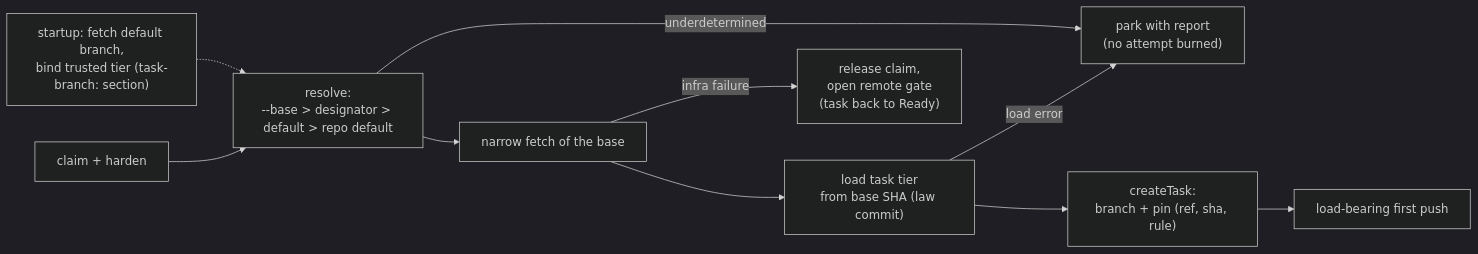
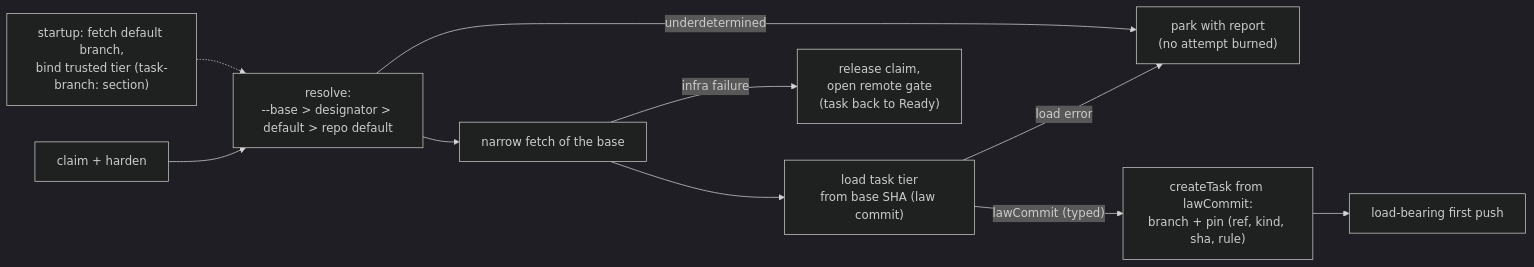
The diagram in openspec/changes/add-base-ref-resolution/design.md (oinsio/gnomish-factory), drawn with Mermaid (dark theme) before and after one commit. The commit also changed other lines of this file and 4 other files, not shown here.

First line of the commit message:
openspec: revise add-base-ref-resolution — branch starts from typed law commit

````diff
--- a/openspec/changes/add-base-ref-resolution/design.md
+++ b/openspec/changes/add-base-ref-resolution/design.md
@@ -481,12 +534,12 @@
 ```mermaid
 flowchart LR
     Start["startup: fetch default branch,<br/>bind trusted tier (task-branch: section)"] -.-> Resolve
     Claim["claim + harden"] --> Resolve["resolve:<br/>--base > designator > default > repo default"]
     Resolve -->|underdetermined| Park["park with report<br/>(no attempt burned)"]
     Resolve --> Fetch["narrow fetch of the base"]
     Fetch -->|infra failure| Release["release claim,<br/>open remote gate<br/>(task back to Ready)"]
     Fetch --> Law["load task tier<br/>from base SHA (law commit)"]
     Law -->|load error| Park
-    Law --> Create["createTask:<br/>branch + pin (ref, sha, rule)"]
+    Law -->|"lawCommit (typed)"| Create["createTask from lawCommit:<br/>branch + pin (ref, kind, sha, rule)"]
     Create --> Push["load-bearing first push"]
 ```
````
